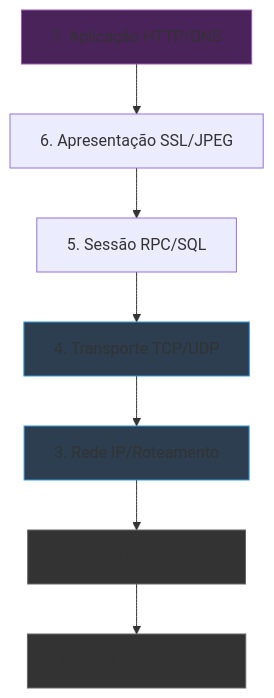
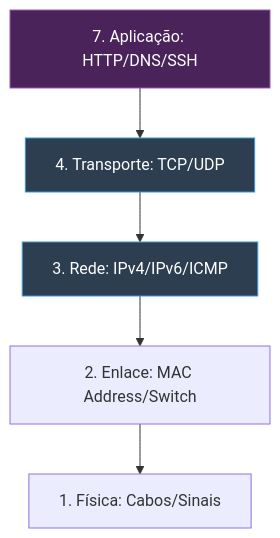
Before and after one commit to Mushyc/WIKI_MATHEUS_TI: the diagram in guias/Curso_Redes_Computadores.md, drawn with Mermaid. The commit also changed other lines of this file and 18 other files, not shown here.

````diff
--- a/guias/Curso_Redes_Computadores.md
+++ b/guias/Curso_Redes_Computadores.md
@@ -14,15 +13,11 @@
 ```mermaid
 graph TD
-    Layer7[7. Aplicação HTTP/DNS] --> Layer6[6. Apresentação SSL/JPEG]
-    Layer6 --> Layer5[5. Sessão RPC/SQL]
-    Layer5 --> Layer4[4. Transporte TCP/UDP]
-    Layer4 --> Layer3[3. Rede IP/Roteamento]
-    Layer3 --> Layer2[2. Enlace MAC/Switch]
-    Layer2 --> Layer1[1. Física Cabos/Sinais]
+    Layer7[7. Aplicação: HTTP/DNS/SSH] --> Layer4[4. Transporte: TCP/UDP]
+    Layer4 --> Layer3[3. Rede: IPv4/IPv6/ICMP]
+    Layer3 --> Layer2[2. Enlace: MAC Address/Switch]
+    Layer2 --> Layer1[1. Física: Cabos/Sinais]
     
-    style Layer1 fill:#333,stroke:#666
-    style Layer2 fill:#333,stroke:#666
-    style Layer3 fill:#2c3e50,stroke:#3498db
-    style Layer4 fill:#2c3e50,stroke:#3498db
-    style Layer7 fill:#4a235a,stroke:#9b59b6
+    style Layer4 fill:#2c3e50,stroke:#3498db,color:#fff
+    style Layer3 fill:#2c3e50,stroke:#3498db,color:#fff
+    style Layer7 fill:#4a235a,stroke:#9b59b6,color:#fff
 ```
````
